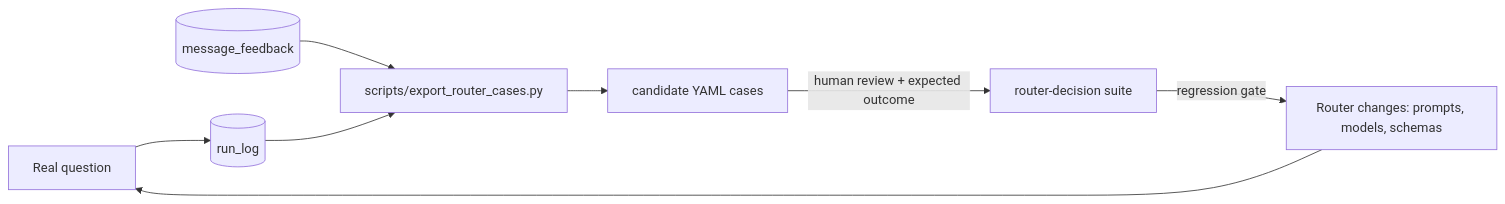
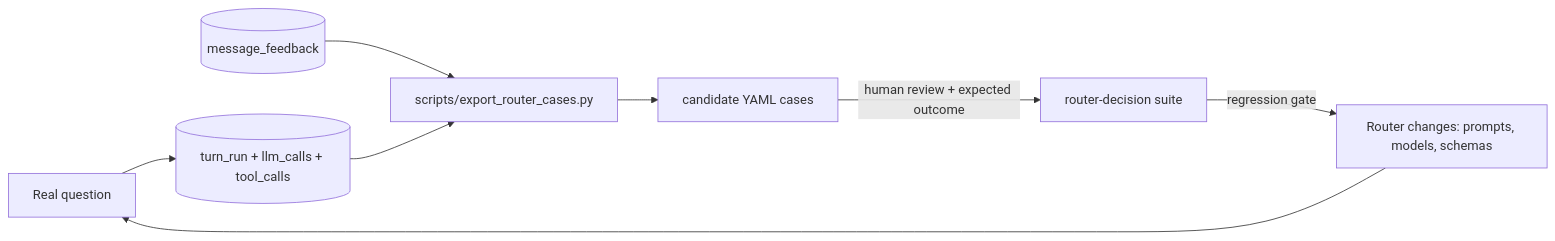
Before and after one commit to sal1391/latest_poseidon: the diagram in docs/architecture/06-observability.md, drawn with Mermaid. The commit also changed other lines of this file and 8 other files, not shown here.

````diff
--- a/docs/architecture/06-observability.md
+++ b/docs/architecture/06-observability.md
@@ -95,10 +149,10 @@
 ```mermaid
 flowchart LR
-  Q[Real question] --> RL[(run_log)]
+  Q[Real question] --> RL[(turn_run + llm_calls + tool_calls)]
   FB[(message_feedback)] --> X
   RL --> X[scripts/export_router_cases.py]
   X --> Y[candidate YAML cases]
   Y -->|human review + expected outcome| T[router-decision suite]
   T -->|regression gate| R[Router changes: prompts, models, schemas]
   R --> Q
 ```
````
